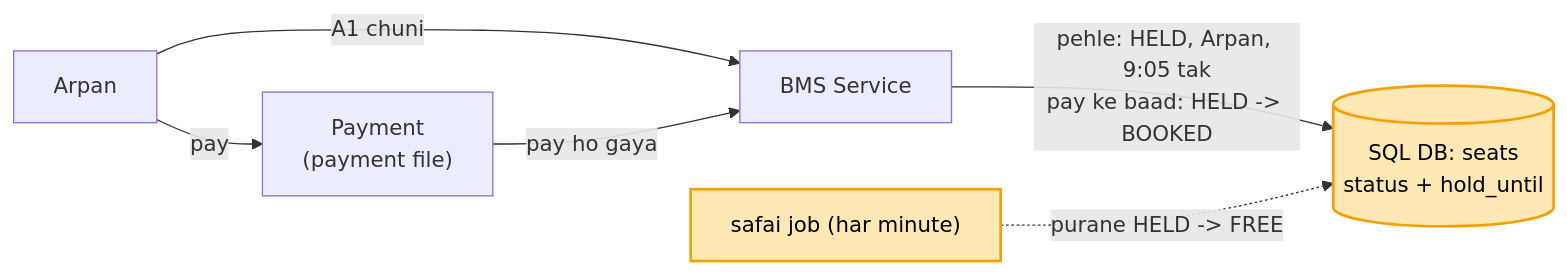
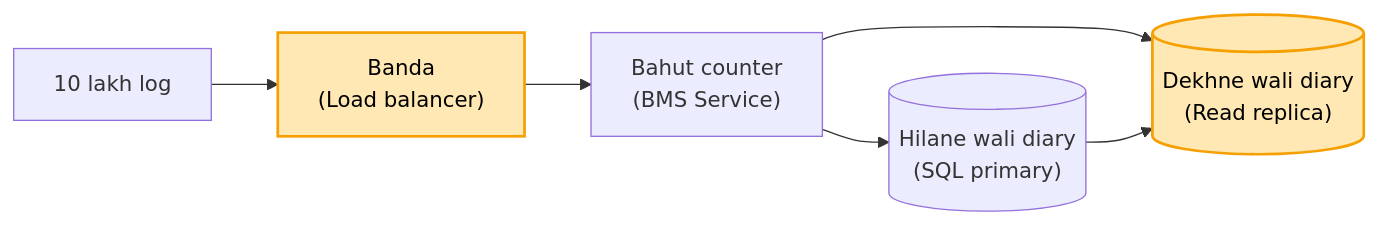
One commit to ArpanMaheshwari144/Prep changed the second of 4 diagrams in 04_HLD/SYSTEM_DESIGNS/09_bookmyshow/09_bookmyshow.md. Above: the diagram before and after it, drawn with Mermaid. The commit also changed other lines of this file and 13 other files, not shown here.

````diff
--- a/04_HLD/SYSTEM_DESIGNS/09_bookmyshow/09_bookmyshow.md
+++ b/04_HLD/SYSTEM_DESIGNS/09_bookmyshow/09_bookmyshow.md
@@ -147,10 +77,10 @@
 ```mermaid
 flowchart LR
-    U["Arpan"] -- "A1 chuni" --> S["BMS Service"]
-    S -- "pehle: HELD, Arpan, 9:05 tak<br/>pay ke baad: HELD -> BOOKED" --> D[("SQL DB: seats<br/>status + hold_until")]
-    U -- "pay" --> P["Payment<br/>(payment file)"]
-    P -- "pay ho gaya" --> S
-    J["safai job (har minute)"] -. "purane HELD -> FREE" .-> D
-    style D fill:#ffe8b3,stroke:#f59f00,stroke-width:2px,color:#000
-    style J fill:#ffe8b3,stroke:#f59f00,stroke-width:2px,color:#000
+    U["10 lakh log"] --> LB["Banda<br/>(Load balancer)"]
+    LB --> S["Bahut counter<br/>(BMS Service)"]
+    S --> P[("Hilane wali diary<br/>(SQL primary)")]
+    S --> R[("Dekhne wali diary<br/>(Read replica)")]
+    P --> R
+    style LB fill:#ffe8b3,stroke:#f59f00,stroke-width:2px,color:#000
+    style R fill:#ffe8b3,stroke:#f59f00,stroke-width:2px,color:#000
 ```
````
